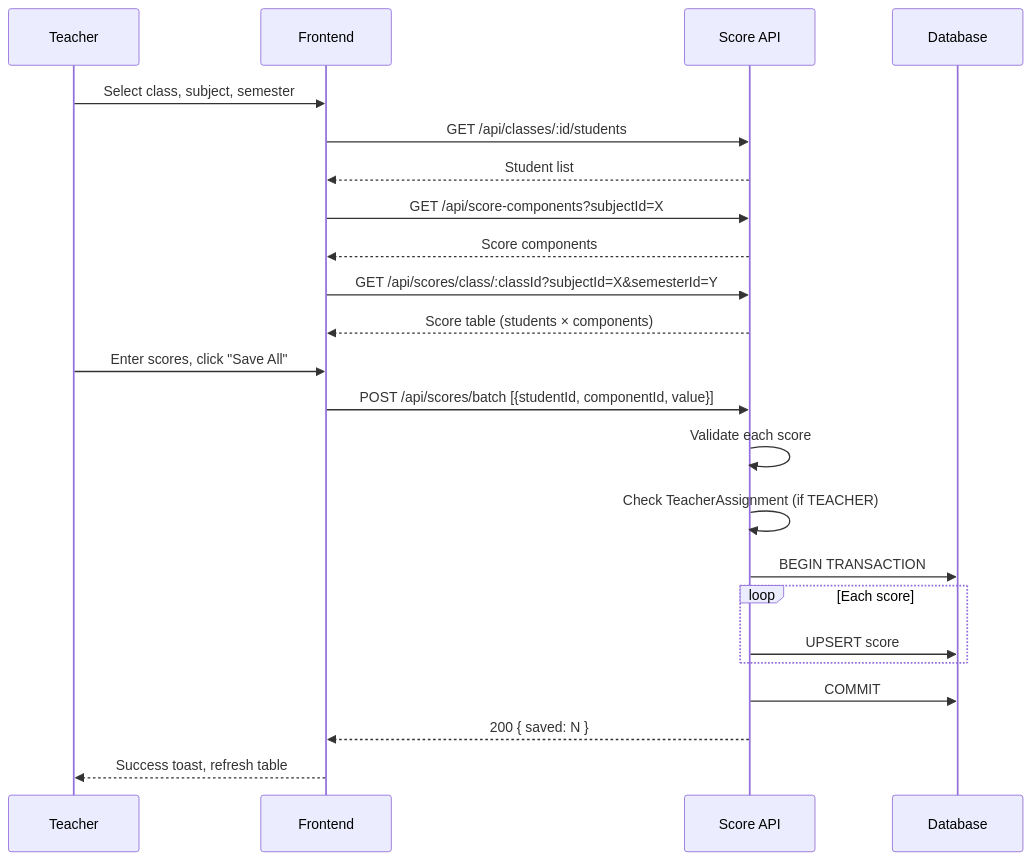
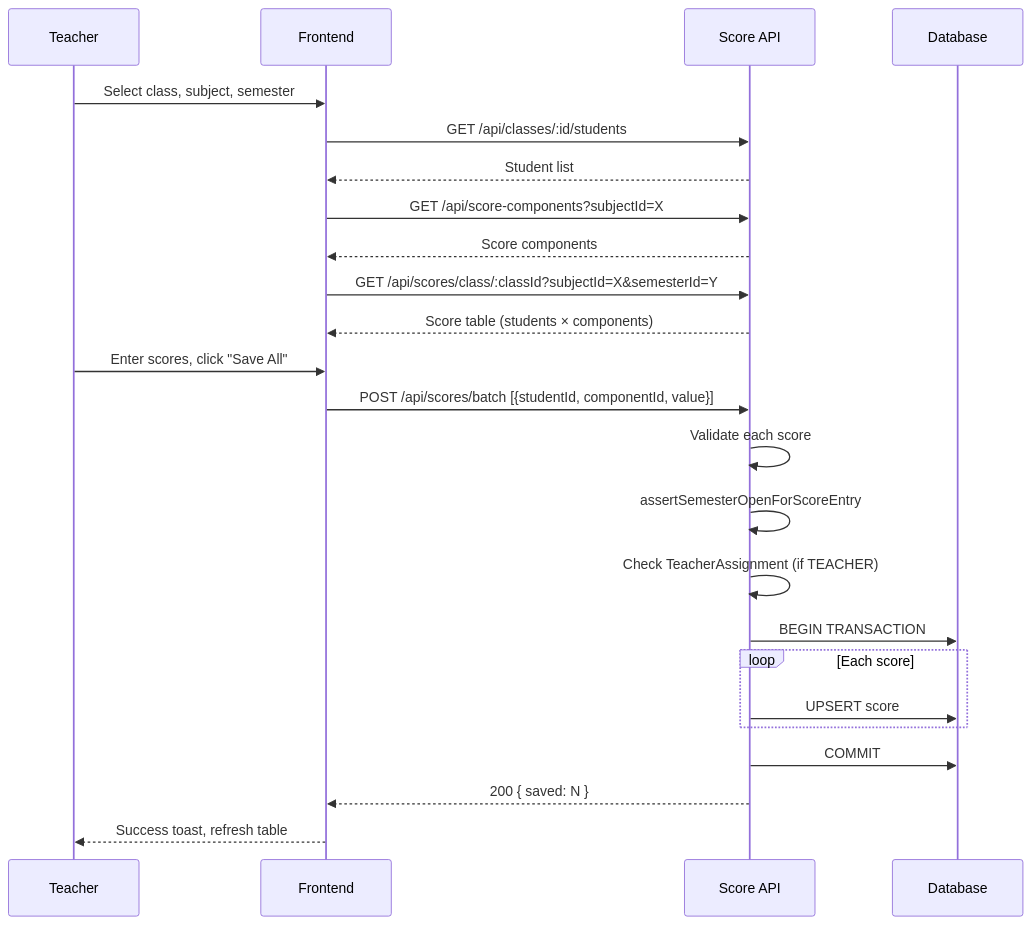
Before and after one commit to haidonglethqb/CloudSchool: the diagram in docs/system/data-flows/score-entry-flow.md, drawn with Mermaid. The commit also changed other lines of this file and 31 other files, not shown here.

````diff
--- a/docs/system/data-flows/score-entry-flow.md
+++ b/docs/system/data-flows/score-entry-flow.md
@@ -28,26 +31,27 @@
 ```mermaid
 sequenceDiagram
     participant T as Teacher
     participant F as Frontend
     participant S as Score API
     participant D as Database
 
     T->>F: Select class, subject, semester
     F->>S: GET /api/classes/:id/students
     S-->>F: Student list
     F->>S: GET /api/score-components?subjectId=X
     S-->>F: Score components
     F->>S: GET /api/scores/class/:classId?subjectId=X&semesterId=Y
     S-->>F: Score table (students × components)
     T->>F: Enter scores, click "Save All"
     F->>S: POST /api/scores/batch [{studentId, componentId, value}]
     S->>S: Validate each score
+    S->>S: assertSemesterOpenForScoreEntry
     S->>S: Check TeacherAssignment (if TEACHER)
     S->>D: BEGIN TRANSACTION
     loop Each score
         S->>D: UPSERT score
     end
     S->>D: COMMIT
     S-->>F: 200 { saved: N }
     F-->>T: Success toast, refresh table
 ```
````
